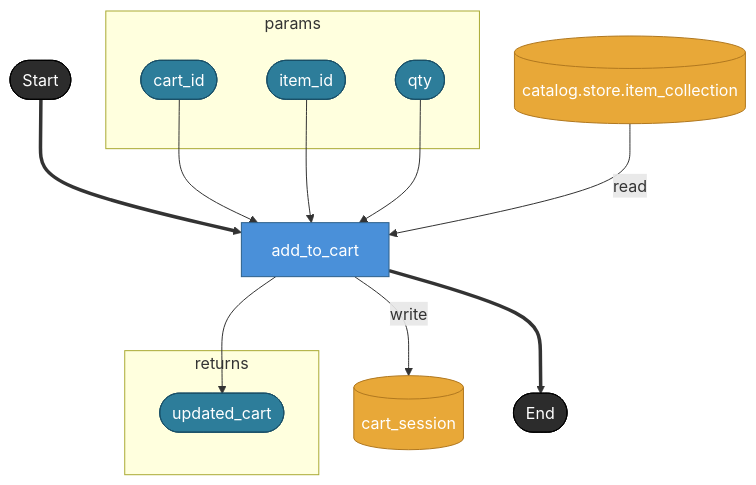
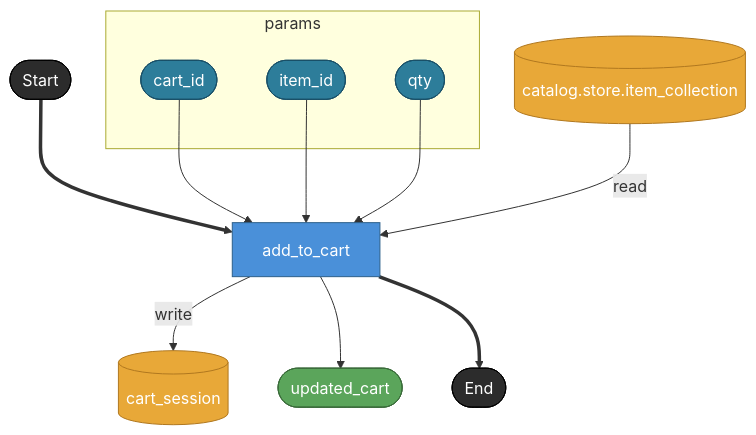
One commit to hiroshiasayadev-prog/brewprint changed the diagram in docs/uc/001-ec-checkout-flow/renders/commerce/dag-add_to_cart.md. Above: the diagram before and after it, drawn with Mermaid. The commit also changed other lines of this file and 49 other files, not shown here.

````diff
--- a/docs/uc/001-ec-checkout-flow/renders/commerce/dag-add_to_cart.md
+++ b/docs/uc/001-ec-checkout-flow/renders/commerce/dag-add_to_cart.md
@@ -11,31 +11,30 @@
 ```mermaid
 flowchart TD
   subgraph params
     cart_id([cart_id])
     item_id([item_id])
     qty([qty])
-  end
-  subgraph returns
-    updated_cart([updated_cart])
   end
 
   _start([Start]) ==> add_to_cart[add_to_cart]
   cart_id --> add_to_cart
   item_id --> add_to_cart
   qty --> add_to_cart
 
   catalog.store.item_collection[(catalog.store.item_collection)] -- "read" --> add_to_cart
   add_to_cart -- "write" --> cart_session[(cart_session)]
 
-  add_to_cart --> updated_cart
+  add_to_cart --> updated_cart([updated_cart])
   add_to_cart ==> _end([End])
 
   classDef taskNode     fill:#4A90D9,stroke:#2C5F8A,color:#fff
   classDef storeNode    fill:#E8A838,stroke:#B07820,color:#fff
+  classDef assetNode    fill:#5BA55B,stroke:#3A6B3A,color:#fff
   classDef terminalNode fill:#2C2C2C,stroke:#000,color:#fff
   classDef boundaryNode fill:#2D7D9A,stroke:#1A5068,color:#fff
   class add_to_cart taskNode
   class catalog.store.item_collection,cart_session storeNode
+  class updated_cart assetNode
   class _start,_end terminalNode
-  class cart_id,item_id,qty,updated_cart boundaryNode
+  class cart_id,item_id,qty boundaryNode
 ```
````
